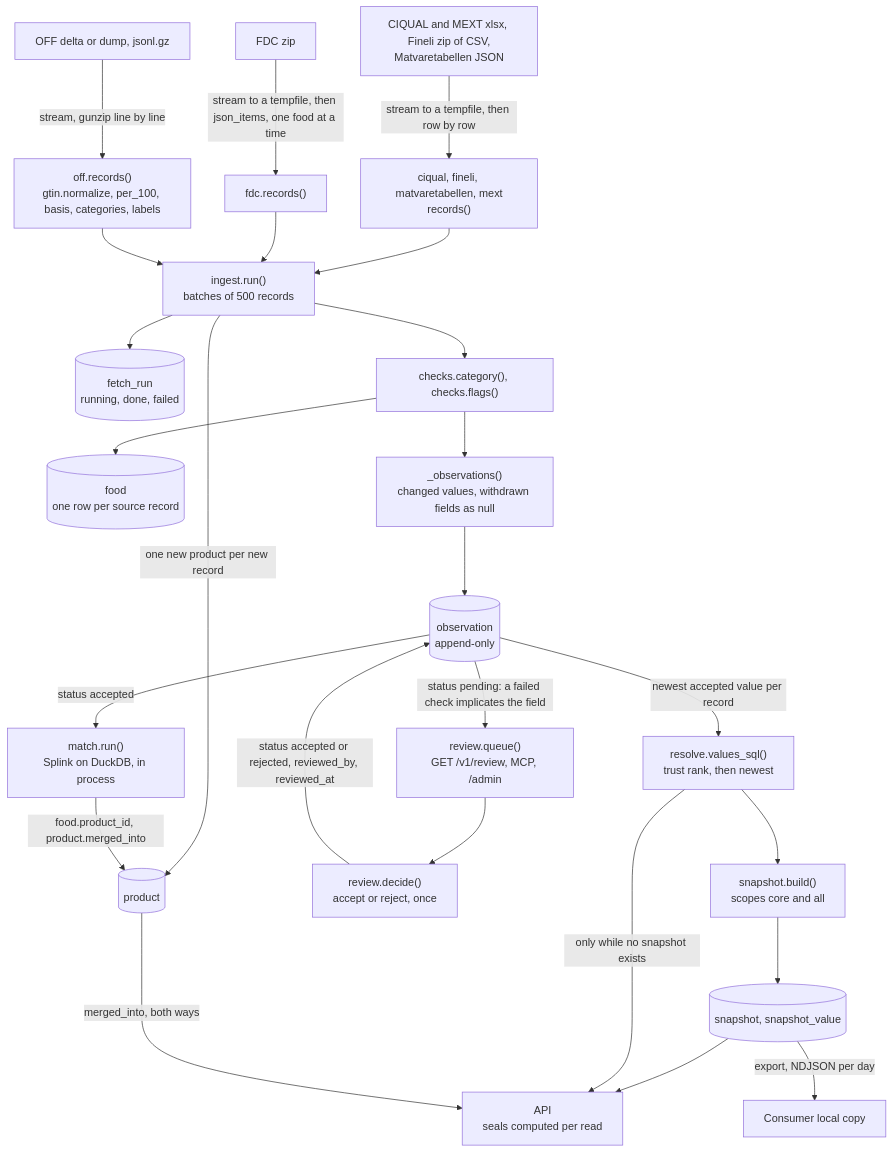
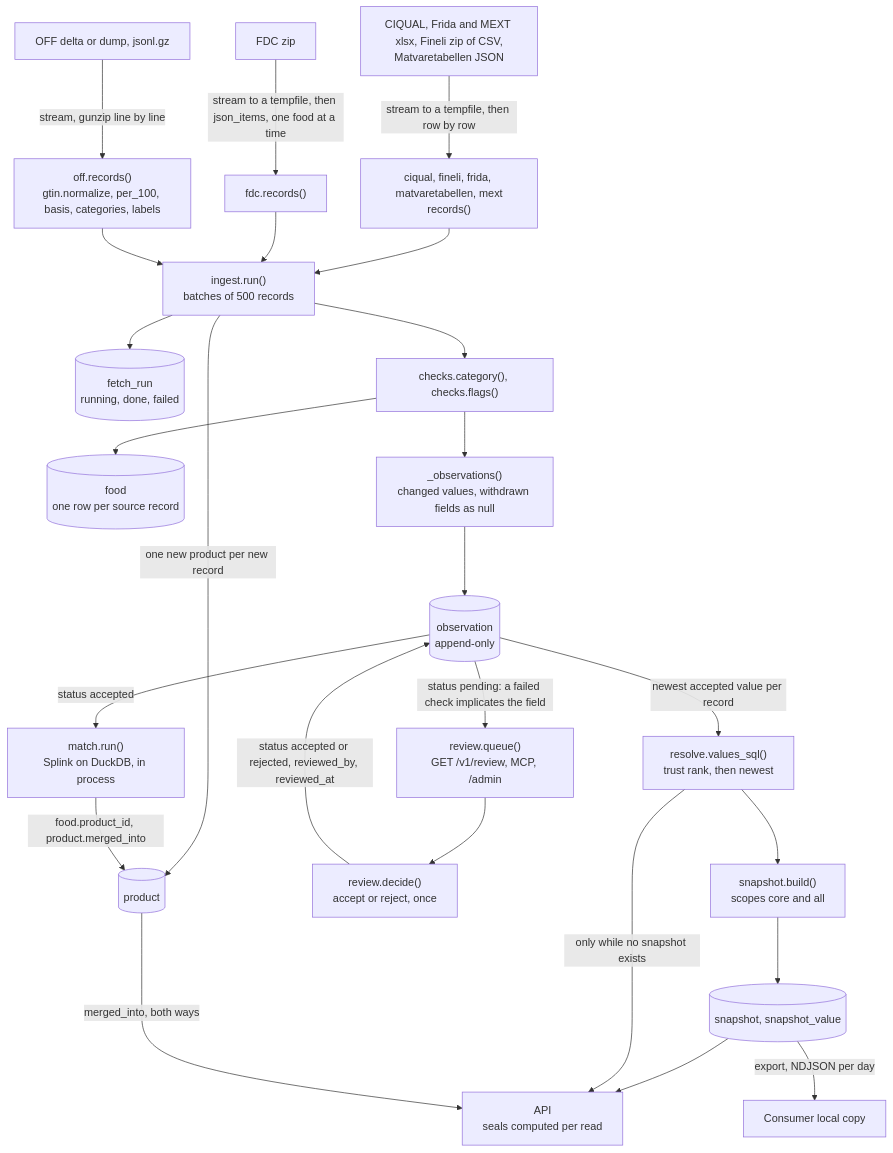
The third of 19 diagrams in docs/architecture.md (eait-fit/fooddb), drawn with Mermaid before and after one commit. The commit also changed other lines of this file and 15 other files, not shown here.

````diff
--- a/docs/architecture.md
+++ b/docs/architecture.md
@@ -158,27 +158,27 @@
 ```mermaid
 flowchart TD
     fdcsrc["FDC zip"] -->|"stream to a tempfile, then json_items, one food at a time"| fdcrec["fdc.records()"]
-    tabsrc["CIQUAL and MEXT xlsx, Fineli zip of CSV,<br/>Matvaretabellen JSON"] -->|"stream to a tempfile, then row by row"| tabrec["ciqual, fineli, matvaretabellen, mext<br/>records()"]
+    tabsrc["CIQUAL, Frida and MEXT xlsx, Fineli zip of CSV,<br/>Matvaretabellen JSON"] -->|"stream to a tempfile, then row by row"| tabrec["ciqual, fineli, frida, matvaretabellen, mext<br/>records()"]
     tabrec --> run
     offsrc["OFF delta or dump, jsonl.gz"] -->|"stream, gunzip line by line"| offrec["off.records()<br/>gtin.normalize, per_100, basis, categories, labels"]
     fdcrec --> run["ingest.run()<br/>batches of 500 records"]
     offrec --> run
     run --> fr[("fetch_run<br/>running, done, failed")]
     run -->|"one new product per new record"| prod[("product")]
     run --> chk["checks.category(), checks.flags()"]
     chk --> foodt[("food<br/>one row per source record")]
     chk --> diff["_observations()<br/>changed values, withdrawn fields as null"]
     diff --> obs[("observation<br/>append-only")]
     obs -->|"status pending: a failed check implicates the field"| queue["review.queue()<br/>GET /v1/review, MCP, /admin"]
     queue --> decide["review.decide()<br/>accept or reject, once"]
     decide -->|"status accepted or rejected, reviewed_by, reviewed_at"| obs
     obs -->|"status accepted"| match["match.run()<br/>Splink on DuckDB, in process"]
     match -->|"food.product_id, product.merged_into"| prod
     obs -->|"newest accepted value per record"| resolver["resolve.values_sql()<br/>trust rank, then newest"]
     resolver --> snap["snapshot.build()<br/>scopes core and all"]
     snap --> sv[("snapshot, snapshot_value")]
     sv --> api["API<br/>seals computed per read"]
     sv -->|"export, NDJSON per day"| consumer["Consumer local copy"]
     resolver -->|"only while no snapshot exists"| api
     prod -->|"merged_into, both ways"| api
 ```
````
